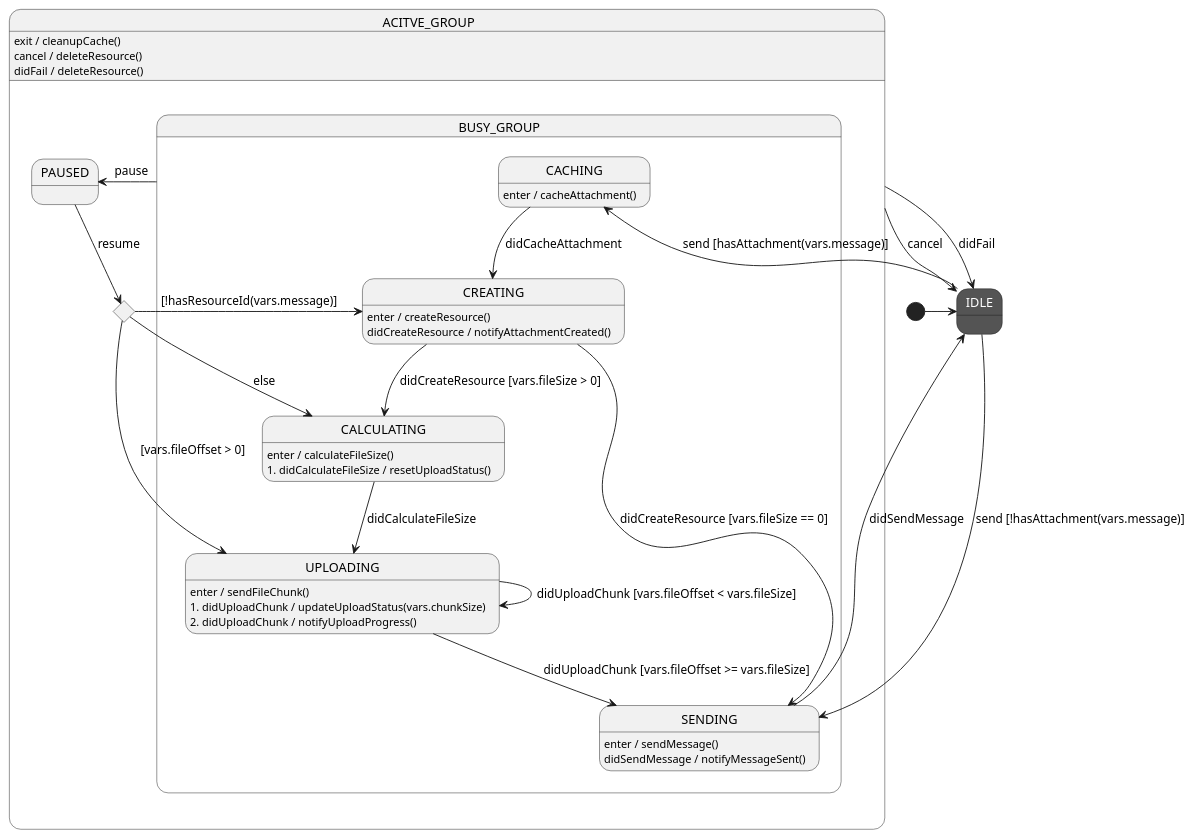
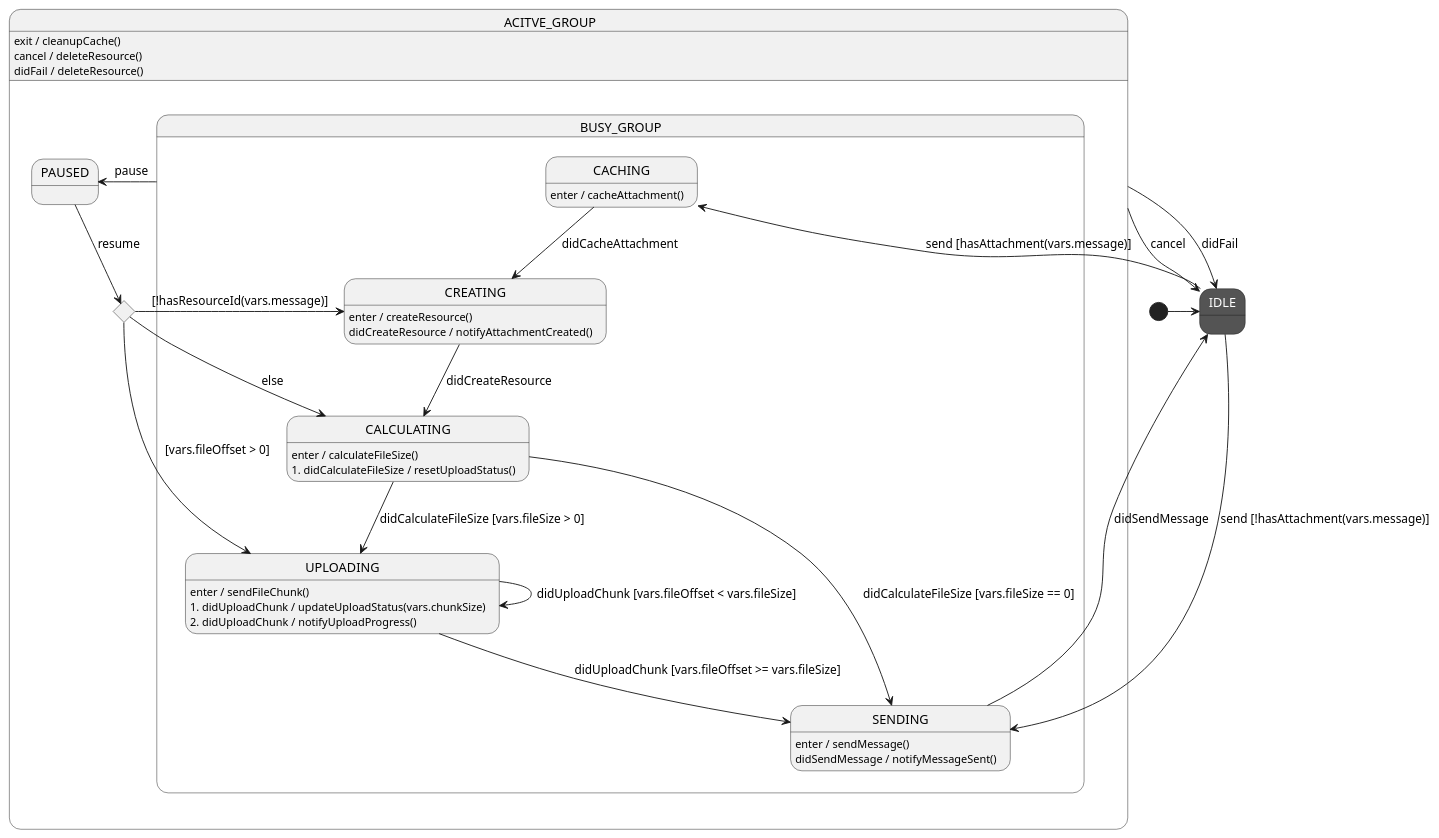
Before and after one commit to ALabrada/StateSmith: the diagram in src/test-misc/examples/FileUpload/FileUpload.plantuml, drawn with PlantUML. The commit also changed 4 other files, not shown here.

```diff
--- a/src/test-misc/examples/FileUpload/FileUpload.plantuml
+++ b/src/test-misc/examples/FileUpload/FileUpload.plantuml
@@ -1,123 +1,123 @@
 @startuml FileUpload
 
 /'
   This diagram is just a sample to show what the syntax can look like.
   
   We don't yet generate fully working examples for every supported language.
   This starting template is language agnostic.
 '/
 
 ' ///////////////////////////// STYLES /////////////////////////////
 ' Define some colors for the states. Totally optional.
 skinparam state {
     ' red style:
     BackgroundColor<<red>> a20025
     FontColor<<red>> white
     ' dark style:
     BackgroundColor<<dark>> 545454
     FontColor<<dark>> white
 }
 
 ' //////////////////////// STATE ORGANIZATION ///////////////////////
 ' Note: StateSmith treats state names and events as case insensitive.
 ' More info: https://github.com/StateSmith/StateSmith/wiki/PlantUML
 
 state IDLE <<dark>>
 
 state ACITVE_GROUP {
     state PAUSED
     state RESUMING <<choice>>
 
     state BUSY_GROUP {
         state CACHING
         state CREATING
         state CALCULATING
         state UPLOADING
         state SENDING
     }
 }
 
 ' ///////////////////////// STATE HANDLERS /////////////////////////
 ' Syntax https://github.com/StateSmith/StateSmith/wiki/Behaviors
 
 [*] -> IDLE
 
 'IDLE
 IDLE --> CACHING : send [hasAttachment(vars.message)]
 IDLE --> SENDING : send [!hasAttachment(vars.message)]
 
 'PAUSED
 PAUSED --> RESUMING : resume
 RESUMING --> CREATING : [!hasResourceId(vars.message)]
 RESUMING --> CALCULATING : else
 RESUMING --> UPLOADING : [vars.fileOffset > 0]
 
 'ACITVE_GROUP
 ACITVE_GROUP: exit / cleanupCache()
 ACITVE_GROUP: cancel / deleteResource()
 ACITVE_GROUP: didFail / deleteResource()
 ACITVE_GROUP --> IDLE : cancel
 ACITVE_GROUP --> IDLE : didFail
 
 'BUSY_GROUP
 BUSY_GROUP --> PAUSED : pause
 
 'CACHING
 CACHING: enter / cacheAttachment()
 CACHING --> CREATING : didCacheAttachment
 
 'CREATING
 CREATING: enter / createResource()
 CREATING: didCreateResource / notifyAttachmentCreated()
-CREATING --> CALCULATING : didCreateResource [vars.fileSize > 0]
-CREATING --> SENDING : didCreateResource [vars.fileSize == 0]
+CREATING --> CALCULATING : didCreateResource
 
 'CALCULATING
 CALCULATING: enter / calculateFileSize()
 CALCULATING: 1. didCalculateFileSize / resetUploadStatus()
-CALCULATING --> UPLOADING : didCalculateFileSize
+CALCULATING --> UPLOADING : didCalculateFileSize [vars.fileSize > 0]
+CALCULATING --> SENDING : didCalculateFileSize [vars.fileSize == 0]
 
 'UPLOADING
 UPLOADING: enter / sendFileChunk()
 UPLOADING: 1. didUploadChunk / updateUploadStatus(vars.chunkSize)
 UPLOADING: 2. didUploadChunk / notifyUploadProgress()
 UPLOADING --> UPLOADING : didUploadChunk [vars.fileOffset < vars.fileSize]
 UPLOADING --> SENDING : didUploadChunk [vars.fileOffset >= vars.fileSize]
 
 'SENDING
 SENDING: enter / sendMessage()
 SENDING: didSendMessage / notifyMessageSent()
 SENDING --> IDLE : didSendMessage
 
 ' //////////////////////// StateSmith config ////////////////////////
 ' The below special comment block sets the StateSmith configuration.
 ' More info: https://github.com/StateSmith/StateSmith/issues/335
 ' Feel free to remove or modify it as needed.
 
 /'! $CONFIG : toml
 [RenderConfig]
 FileTop = """
     // Whatever you put in this `FileTop` section will end up 
     // being printed at the top of every generated code file.
     """
 AutoExpandedVars = """
     var message: ChatRoomMessage?
     var fileOffset = 0
     var fileSize = 0
     var chunkSize = 0
     """
 
 [RenderConfig.Swift]
 Imports = """
     // whatever you need to import here
     """
 # BaseList = "MyUserBaseClass, MyUserProtocol"
 ClassCode = """
     // Add custom code here to inject into the generated class.
     // Inheritance or composition might be a better choice.
     """
 
 [SmRunnerSettings]
 transpilerId = "Swift"
 '/
 @enduml
```
